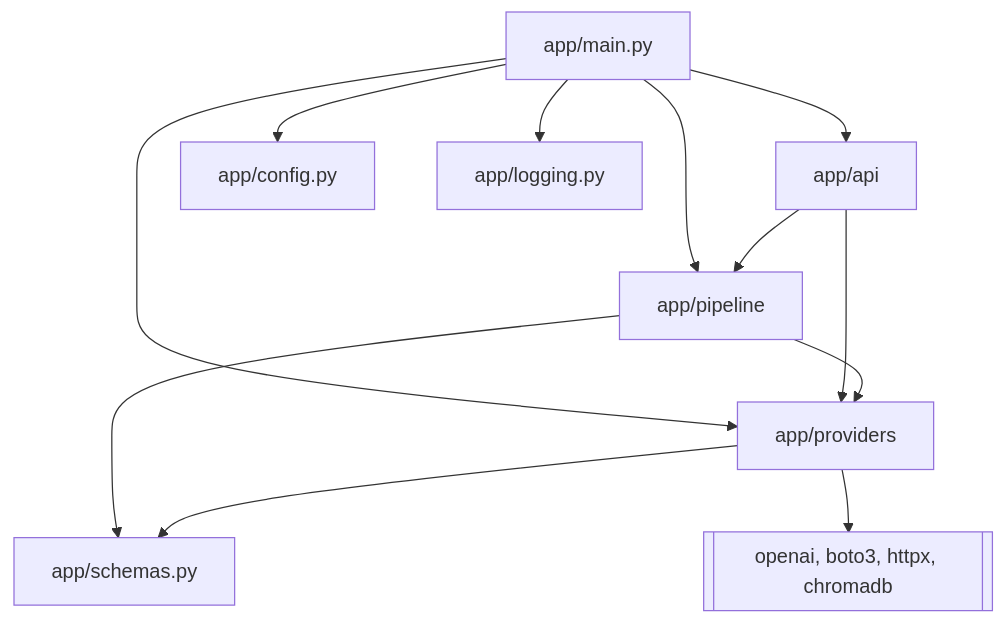
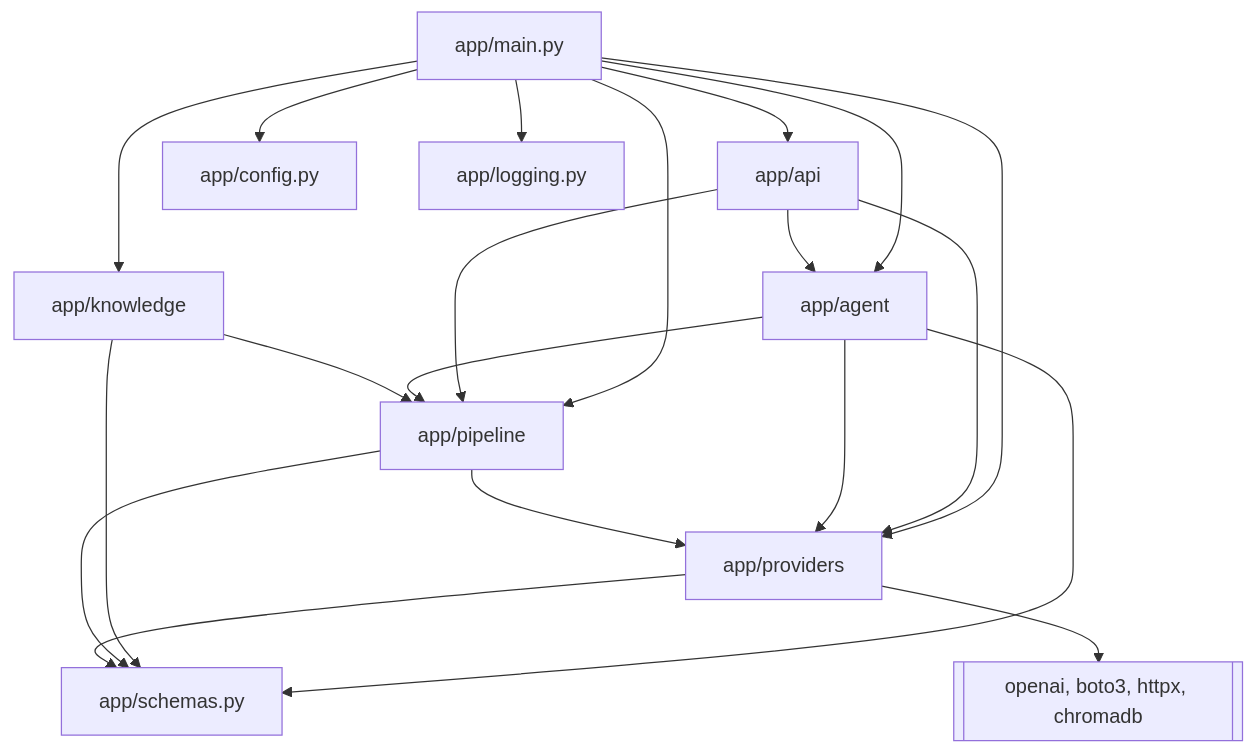
Before and after one commit to monitus2022/owl-online: the second of 5 diagrams in docs/architecture.md, drawn with Mermaid. The commit also changed other lines of this file and 34 other files, not shown here.

First line of the commit message:
feat(agent): add Bedrock chat graph and SSE foundation (#80)

````diff
--- a/docs/architecture.md
+++ b/docs/architecture.md
@@ -118,14 +137,22 @@
 ```mermaid
 flowchart TD
   main[app/main.py] --> api[app/api]
+  main --> agent[app/agent]
+  main --> knowledge[app/knowledge]
   main --> pipeline[app/pipeline]
   main --> providers[app/providers]
   main --> config[app/config.py]
   main --> log[app/logging.py]
+  api --> agent
   api --> pipeline
   api --> providers
+  agent --> pipeline
+  agent --> providers
+  agent --> schemas
+  knowledge --> pipeline
+  knowledge --> schemas
   pipeline --> providers
   pipeline --> schemas[app/schemas.py]
   providers --> schemas
   providers --> sdk[[openai, boto3, httpx, chromadb]]
 ```
````
